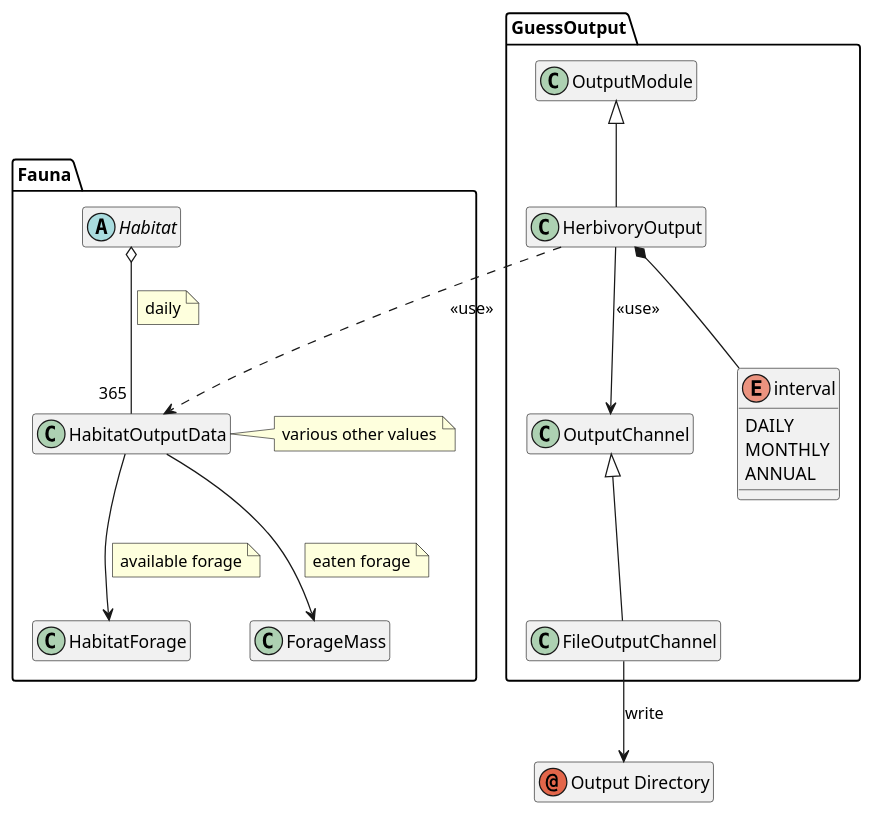
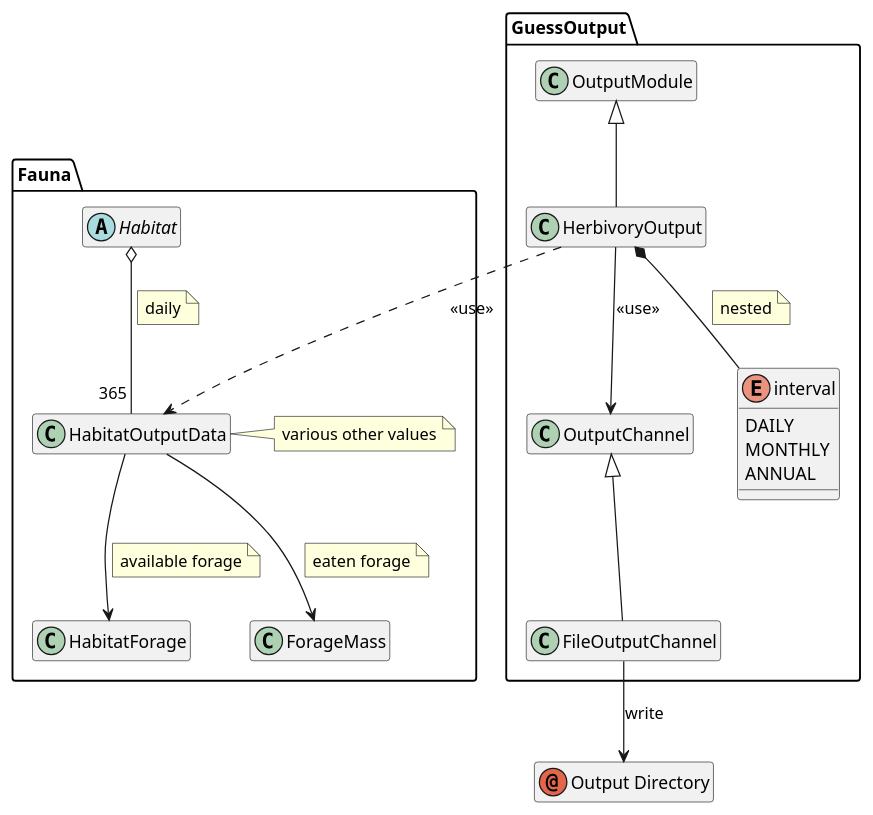
The sixth of 6 diagrams in doxygen/herbiv_design.md (wtraylor/modular_megafauna_model), drawn with PlantUML before and after one commit. The commit also changed other lines of this file and 28 other files, not shown here.

```diff
--- a/doxygen/herbiv_design.md
+++ b/doxygen/herbiv_design.md
@@ -282,29 +376,30 @@
 @startuml "Output classes of the herbivory module"
 hide members 
 annotation "Output Directory" as outputdirectory 
 namespace GuessOutput{
 	HerbivoryOutput     --> OutputChannel : <<use>>
 	OutputModule      <|--  HerbivoryOutput
 	OutputChannel     <|--  FileOutputChannel
 	FileOutputChannel   --> .outputdirectory : write
 	enum interval {
 		DAILY
 		MONTHLY
 		ANNUAL
 	}
 	show interval members
 	HerbivoryOutput *-- interval
+	note on link : nested
 }
 namespace Fauna{
 	abstract Habitat
 	Habitat o-- "365" HabitatOutputData
 	note on link: daily
 	GuessOutput.HerbivoryOutput ..> Fauna.HabitatOutputData : <<use>>
 	HabitatOutputData --> HabitatForage
 	note on link : available forage
 	HabitatOutputData --> ForageMass
 	note on link : eaten forage
 	class HabitatOutputData
 	note right : various other values
 }
 @enduml
```
